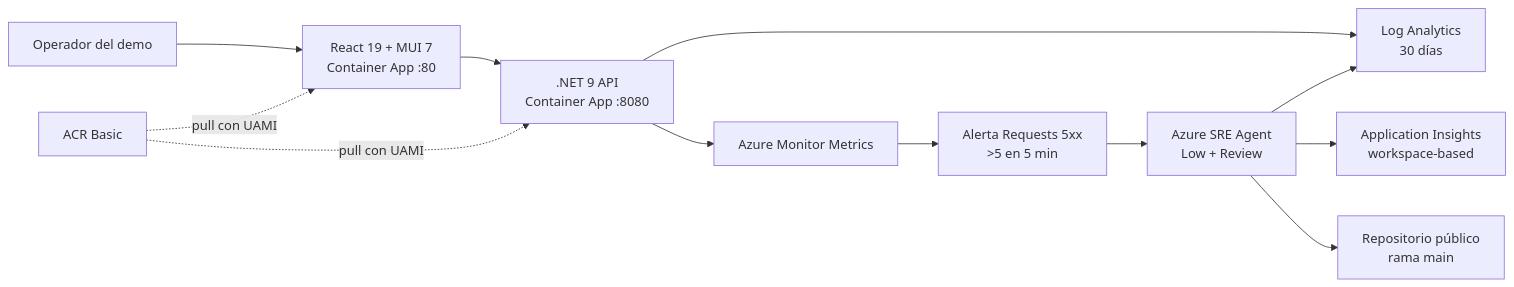
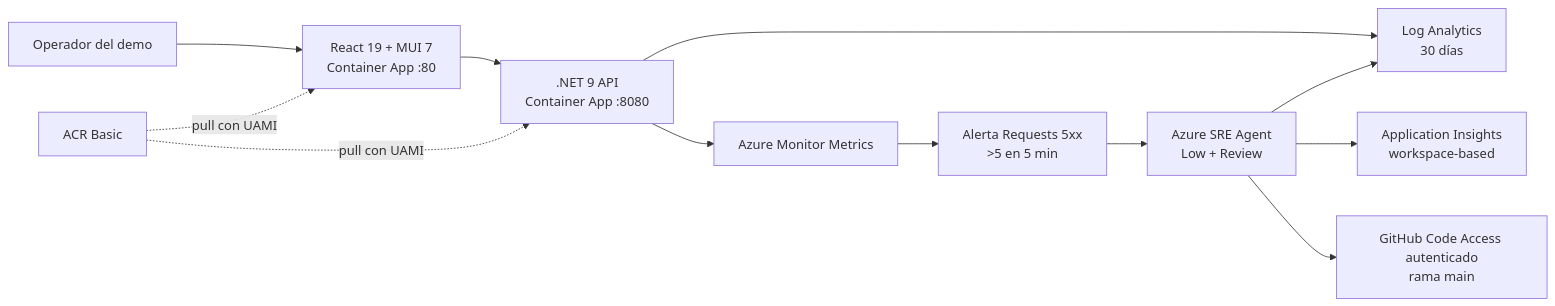
The diagram in README.md (marioaguileraaa/grifols-sre-agent-demo), drawn with Mermaid before and after one commit. The commit also changed other lines of this file and 14 other files, not shown here.

````diff
--- a/README.md
+++ b/README.md
@@ -17,14 +17,14 @@
 ```mermaid
 flowchart LR
     U[Operador del demo] --> W[React 19 + MUI 7<br/>Container App :80]
     W --> A[.NET 9 API<br/>Container App :8080]
     A --> L[Log Analytics<br/>30 días]
     A --> M[Azure Monitor Metrics]
     M --> AL[Alerta Requests 5xx<br/>>5 en 5 min]
     AL --> S[Azure SRE Agent<br/>Low + Review]
     S --> L
     S --> I[Application Insights<br/>workspace-based]
-    S --> R[Repositorio público<br/>rama main]
+    S --> R[GitHub Code Access autenticado<br/>rama main]
     C[ACR Basic] -. pull con UAMI .-> W
     C -. pull con UAMI .-> A
 ```
````
